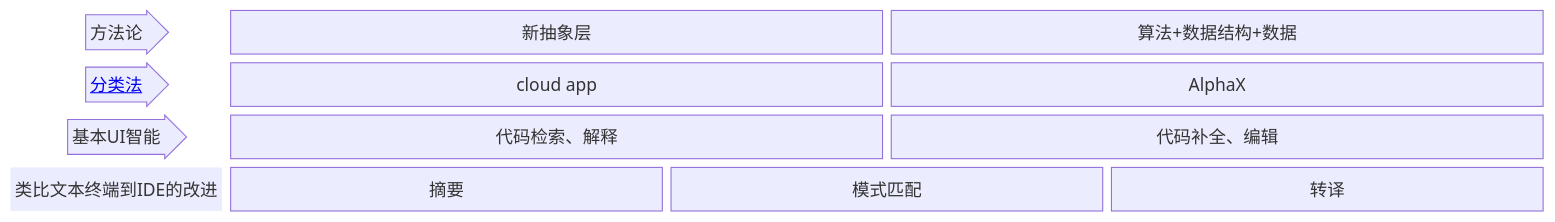
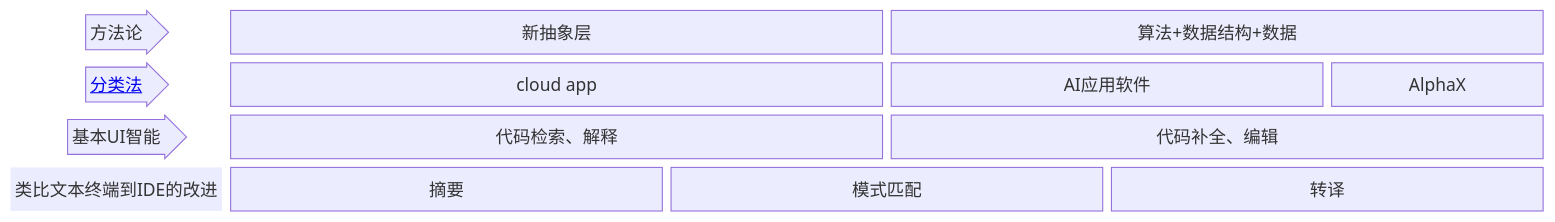
One commit to AI-LLM/ai4se_white_paper changed the diagram in README.md. Above: the diagram before and after it, drawn with Mermaid.

````diff
--- a/README.md
+++ b/README.md
@@ -3,19 +3,20 @@
 ```mermaid
 block-beta
   columns 7
 
     A<["方法论"]>(right):1
     B["新抽象层"]:3
     C["算法+数据结构+数据"]:3
     D<["<a href='https://ai-llm.github.io/ai4se_white_paper/taxonomy/index.html'>分类法</a>"]>(right)
     E["cloud app"]:3
-    F["AlphaX"]:3
+    F1["AI应用软件"]:2
+    F2["AlphaX"]:1
     G<["基本UI智能"]>(right):1
     H["代码检索、解释"]:3
     I["代码补全、编辑"]:3
     comment1["类比文本终端到IDE的改进"]
     style comment1 fill:rgb(0,0,0,0),stroke:rgb(0,0,0,0),stroke-width:0
     K["摘要"]:2
     J["模式匹配"]:2
     L["转译"]:2
 ```
````
